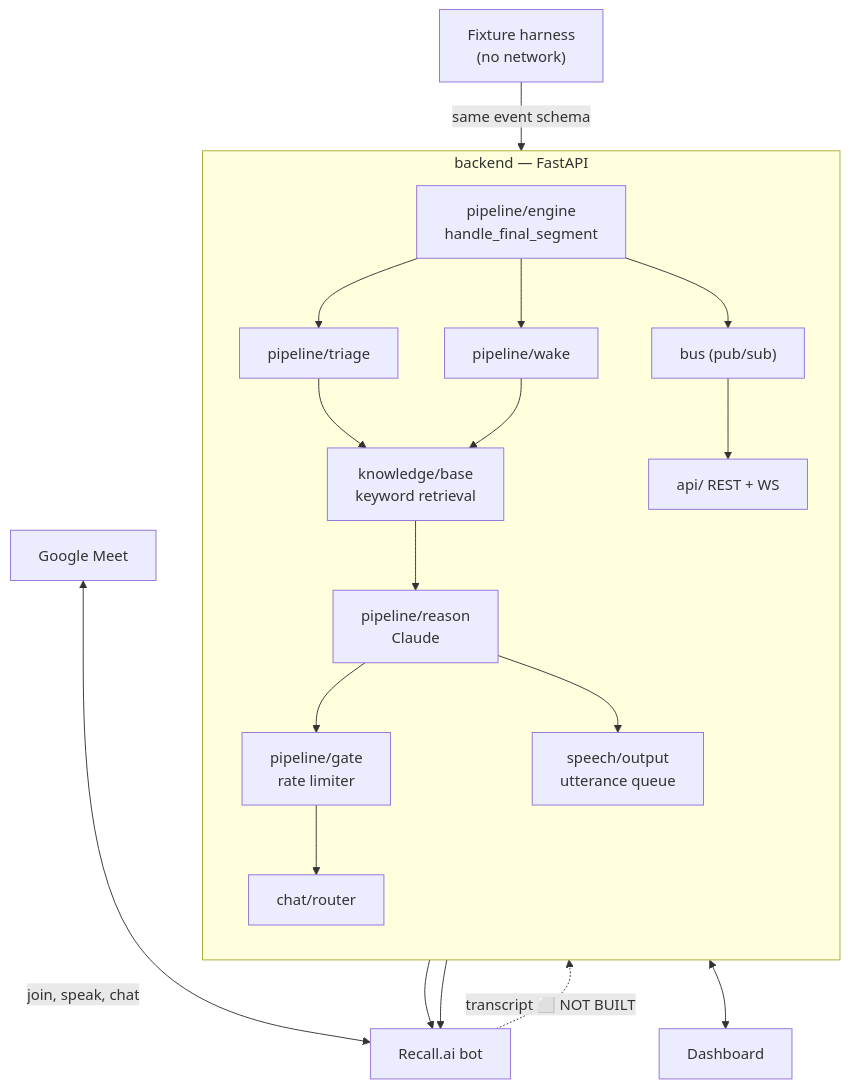
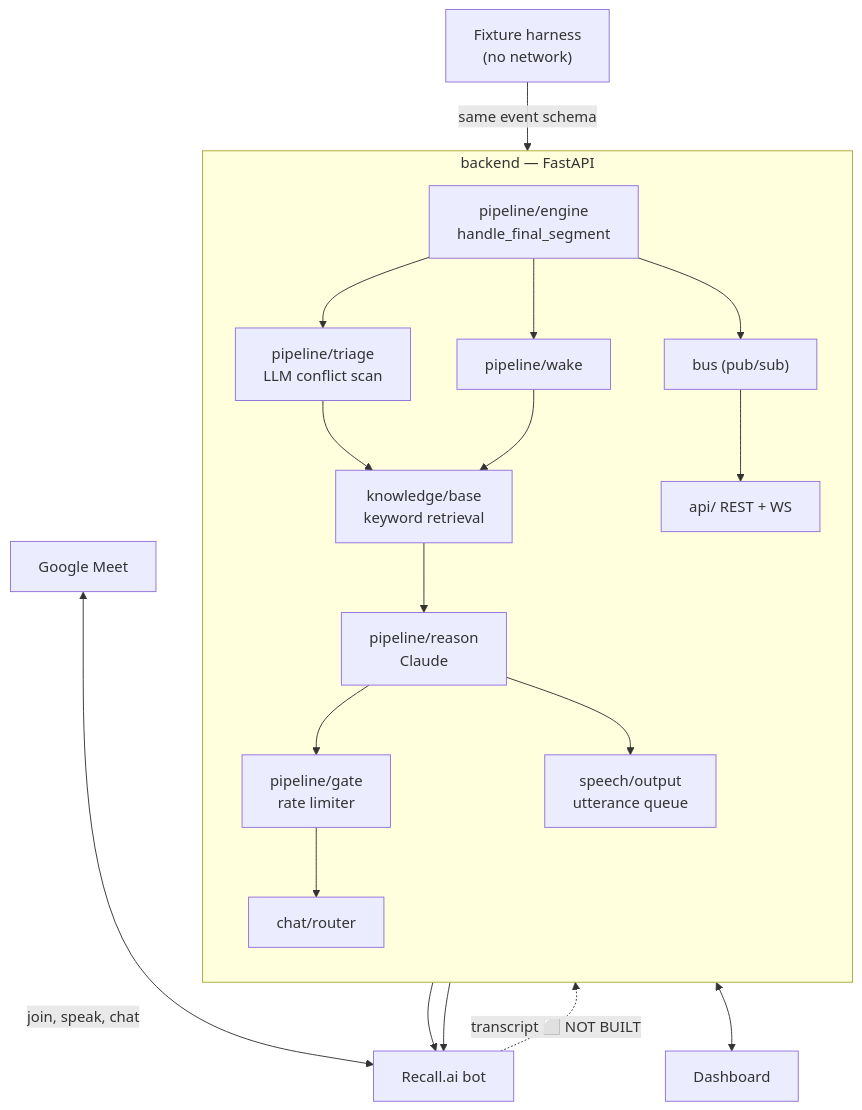
One commit to civiliangame/meet_AGI changed the diagram in DESIGN.md. Above: the diagram before and after it, drawn with Mermaid. The commit also changed other lines of this file and 9 other files, not shown here.

````diff
--- a/DESIGN.md
+++ b/DESIGN.md
@@ -89,34 +90,34 @@
 ```mermaid
 flowchart TB
     GM["Google Meet"]
     RC["Recall.ai bot"]
     HARNESS["Fixture harness<br/>(no network)"]
 
     subgraph BE["backend — FastAPI"]
         direction TB
         ENGINE["pipeline/engine<br/>handle_final_segment"]
         WAKE["pipeline/wake"]
-        TRIAGE["pipeline/triage"]
+        TRIAGE["pipeline/triage<br/>LLM conflict scan"]
         KB["knowledge/base<br/>keyword retrieval"]
         REASON["pipeline/reason<br/>Claude"]
         GATE["pipeline/gate<br/>rate limiter"]
         SPEECH["speech/output<br/>utterance queue"]
         CHAT["chat/router"]
         BUS["bus (pub/sub)"]
         API["api/ REST + WS"]
     end
 
     FE["Dashboard"]
 
     GM <-->|"join, speak, chat"| RC
     RC -.->|"transcript ⬜ NOT BUILT"| ENGINE
     HARNESS -->|"same event schema"| ENGINE
 
     ENGINE --> WAKE
     ENGINE --> TRIAGE
     TRIAGE --> KB --> REASON --> GATE
     WAKE --> KB
     GATE --> CHAT --> RC
     REASON --> SPEECH --> RC
     ENGINE --> BUS --> API <--> FE
 ```
````
